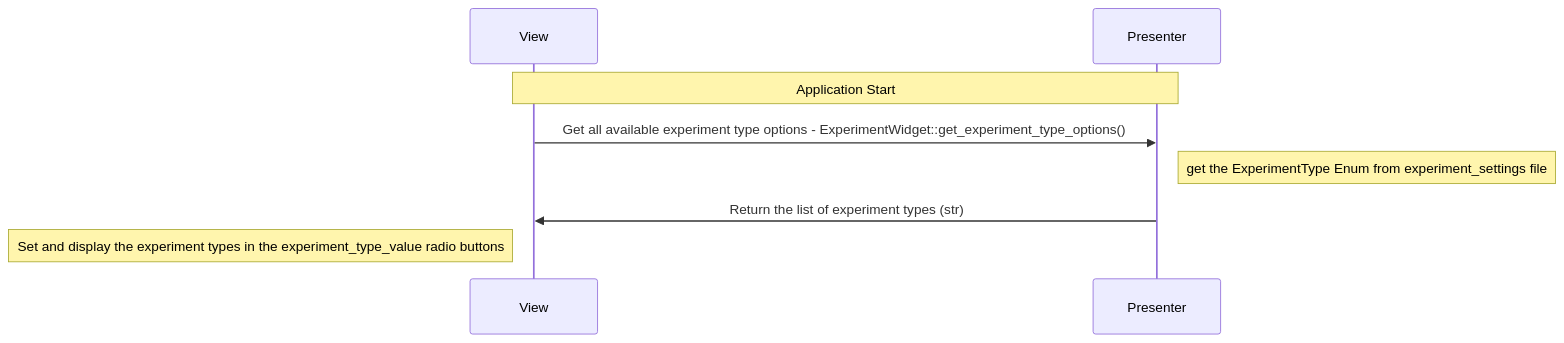
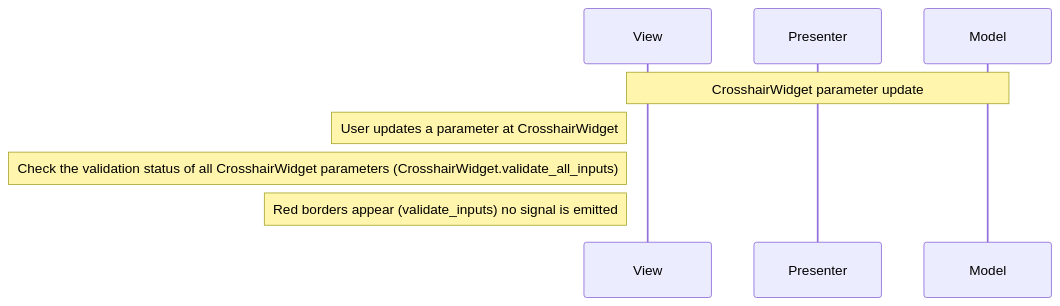
One commit to neutrons/hyspecppt changed the seventh of 14 diagrams in docs/source/design/hyspecpptclasses.rst. Above: the diagram before and after it, drawn with Mermaid. The commit also changed other lines of this file and 8 other files, not shown here.

```diff
--- a/docs/source/design/hyspecpptclasses.rst
+++ b/docs/source/design/hyspecpptclasses.rst
@@ -493,11 +275,11 @@
     .. mermaid::
 
         sequenceDiagram
             participant View
             participant Presenter
+            participant Model
 
-            Note over View,Presenter: Application Start
-            View->>Presenter: Get all available experiment type options - ExperimentWidget::get_experiment_type_options()
-            Note right of Presenter: get the ExperimentType Enum from experiment_settings file
-            Presenter->>View: Return the list of experiment types (str)
-            Note left of View: Set and display the experiment types in the experiment_type_value radio buttons
+            Note over View,Model: CrosshairWidget parameter update
+            Note left of View: User updates a parameter at CrosshairWidget
+            Note Left of View: Check the validation status of all CrosshairWidget parameters (CrosshairWidget.validate_all_inputs)
+            Note Left of View: Red borders appear (validate_inputs) no signal is emitted
```
